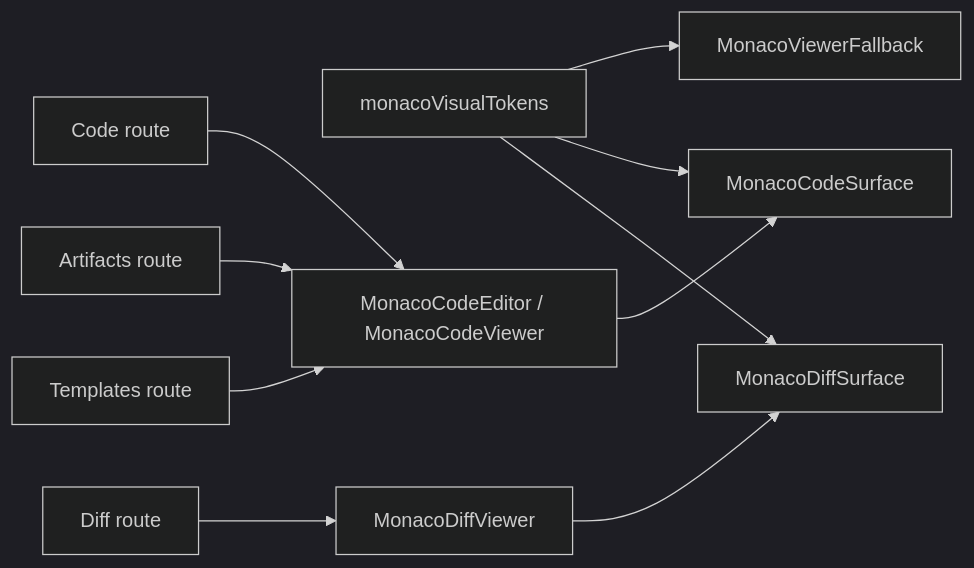
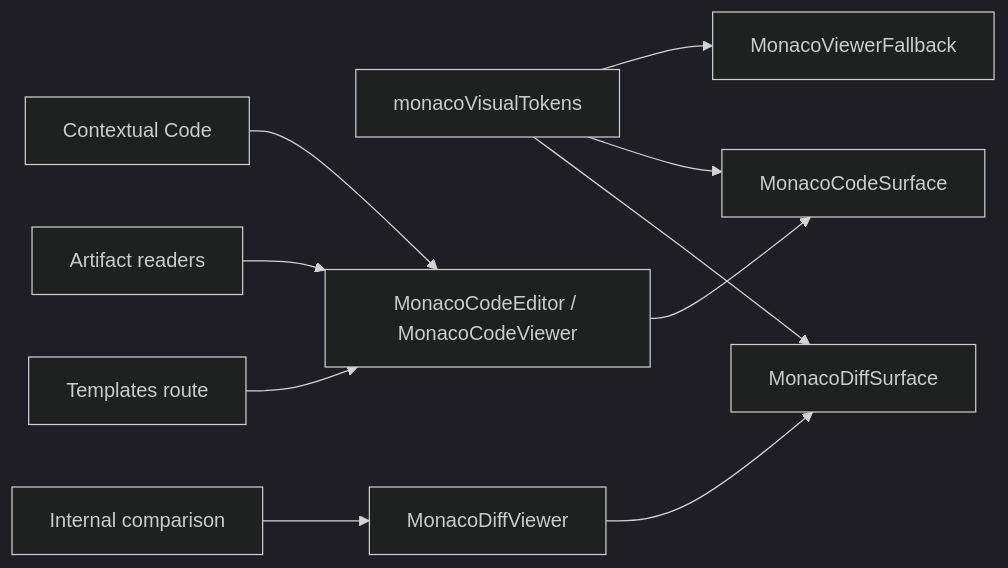
One commit to dunay2/dvt changed the diagram in docs/architecture/components/web/monaco/monaco-visual-token-component.md. Above: the diagram before and after it, drawn with Mermaid (dark theme). The commit also changed other lines of this file and 12 other files, not shown here.

````diff
--- a/docs/architecture/components/web/monaco/monaco-visual-token-component.md
+++ b/docs/architecture/components/web/monaco/monaco-visual-token-component.md
@@ -62,12 +62,12 @@
 ```mermaid
 flowchart LR
   Tokens["monacoVisualTokens"] --> Fallback["MonacoViewerFallback"]
   Tokens --> CodeSurface["MonacoCodeSurface"]
   Tokens --> DiffSurface["MonacoDiffSurface"]
-  CodeRoute["Code route"] --> CodeGateway["MonacoCodeEditor / MonacoCodeViewer"]
-  DiffRoute["Diff route"] --> DiffGateway["MonacoDiffViewer"]
-  Artifacts["Artifacts route"] --> CodeGateway
+  Code["Contextual Code"] --> CodeGateway["MonacoCodeEditor / MonacoCodeViewer"]
+  Comparison["Internal comparison"] --> DiffGateway["MonacoDiffViewer"]
+  Artifacts["Artifact readers"] --> CodeGateway
   Templates["Templates route"] --> CodeGateway
   CodeGateway --> CodeSurface
   DiffGateway --> DiffSurface
 ```
````
